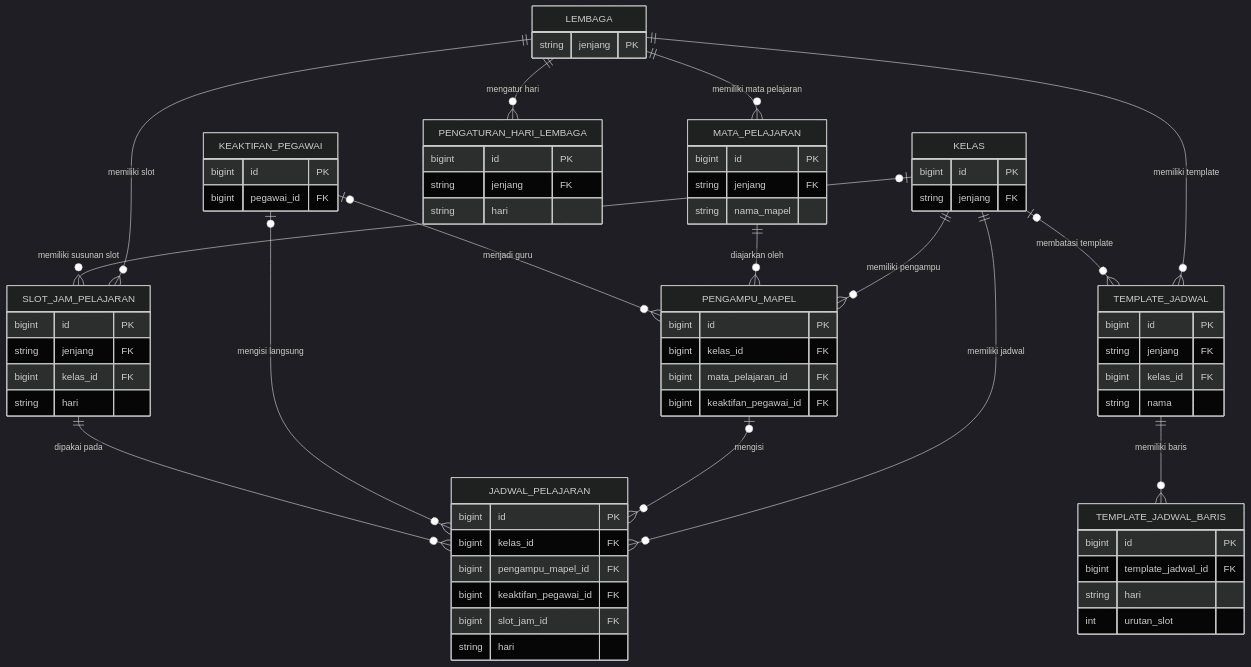
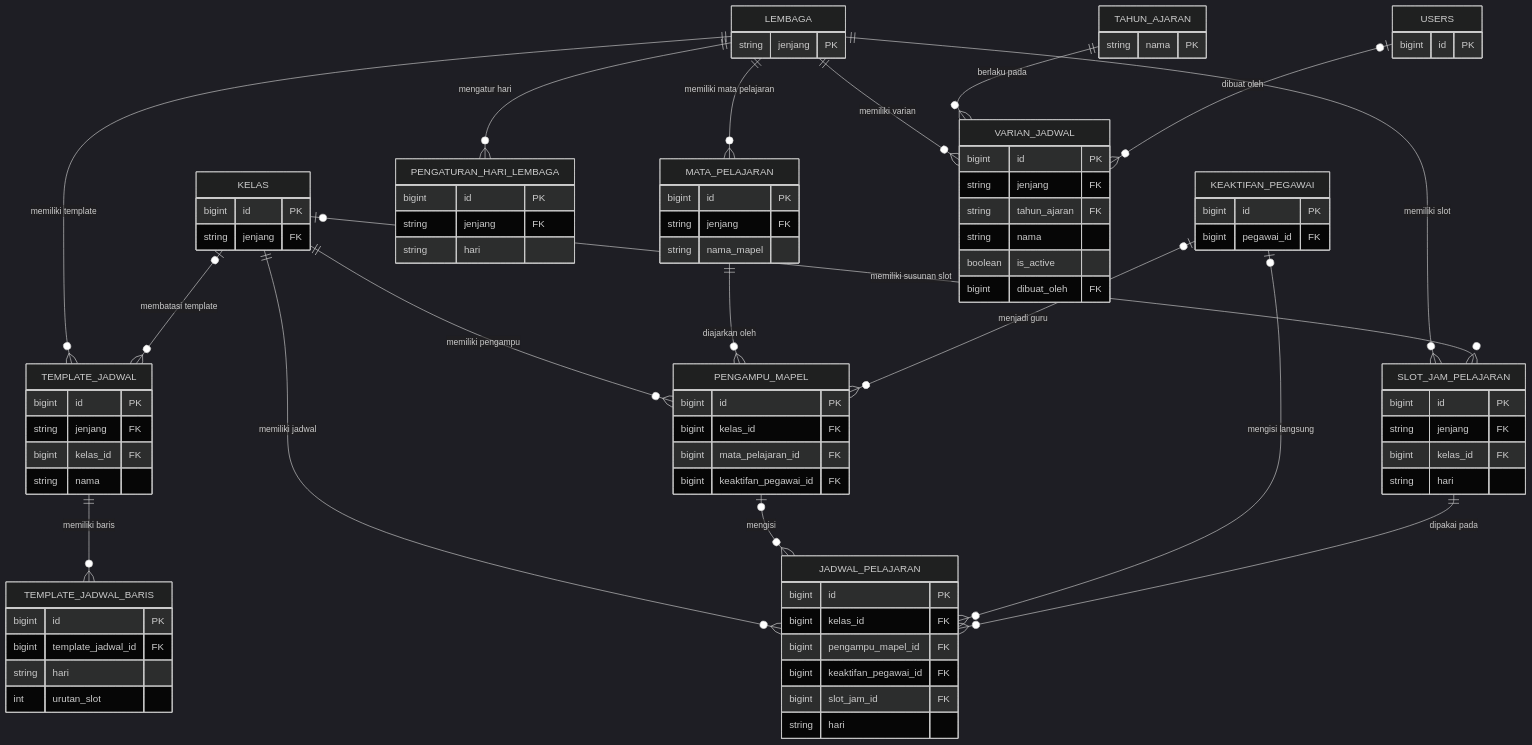
One commit to asjach/sistem-pesantren changed the fifth of 9 diagrams in docs/ERD.md. Above: the diagram before and after it, drawn with Mermaid (dark theme). The commit also changed other lines of this file and 14 other files, not shown here.

First line of the commit message:
feat: status dan varian jadwal pelajaran

````diff
--- a/docs/ERD.md
+++ b/docs/ERD.md
@@ -452,6 +454,20 @@
         string hari
         int urutan_slot
     }
+    VARIAN_JADWAL {
+        bigint id PK
+        string jenjang FK
+        string tahun_ajaran FK
+        string nama
+        boolean is_active
+        bigint dibuat_oleh FK
+    }
+    TAHUN_AJARAN {
+        string nama PK
+    }
+    USERS {
+        bigint id PK
+    }
 
     LEMBAGA ||--o{ PENGATURAN_HARI_LEMBAGA : "mengatur hari"
     LEMBAGA ||--o{ MATA_PELAJARAN : "memiliki mata pelajaran"
@@ -467,4 +483,7 @@
     LEMBAGA ||--o{ TEMPLATE_JADWAL : "memiliki template"
     KELAS o|--o{ TEMPLATE_JADWAL : "membatasi template"
     TEMPLATE_JADWAL ||--o{ TEMPLATE_JADWAL_BARIS : "memiliki baris"
+    LEMBAGA ||--o{ VARIAN_JADWAL : "memiliki varian"
+    TAHUN_AJARAN ||--o{ VARIAN_JADWAL : "berlaku pada"
+    USERS o|--o{ VARIAN_JADWAL : "dibuat oleh"
 ```
````
